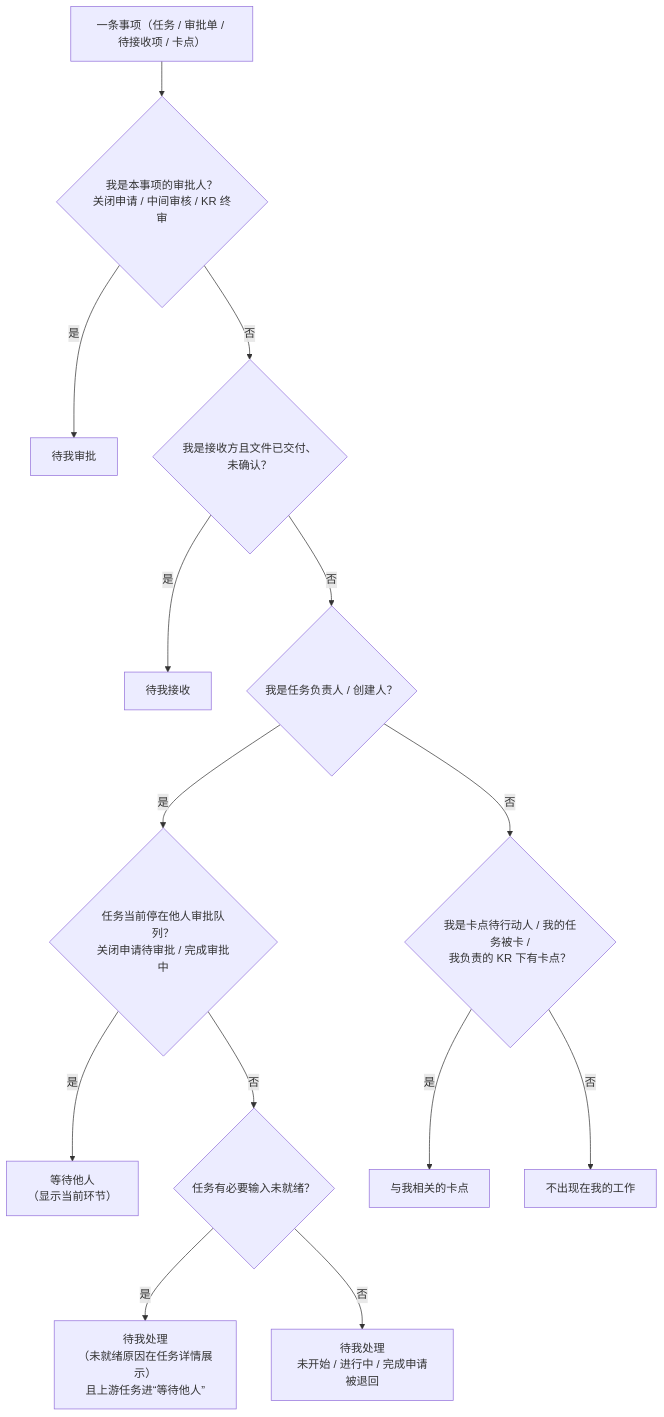
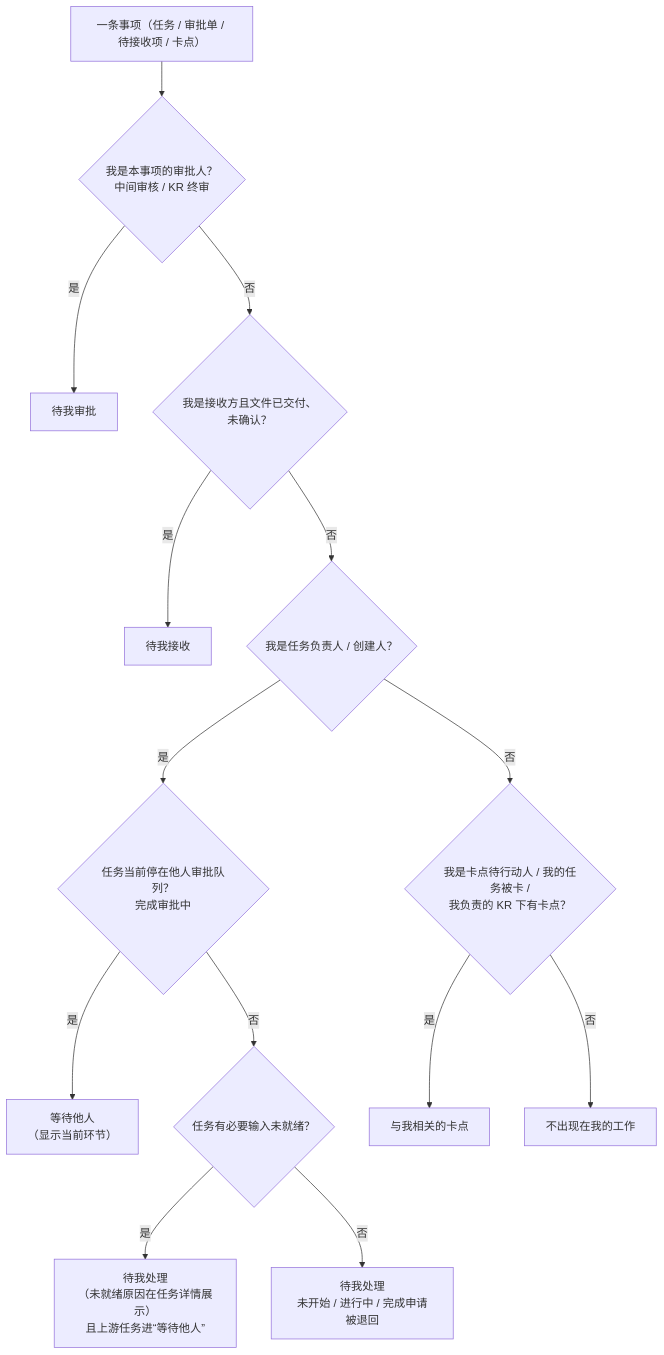
The diagram in docs/我的工作模块_详细PRD_V1.1.md (mohiria/synergy_mangement), drawn with Mermaid before and after one commit. The commit also changed other lines of this file and 68 other files, not shown here.

````diff
--- a/docs/我的工作模块_详细PRD_V1.1.md
+++ b/docs/我的工作模块_详细PRD_V1.1.md
@@ -173,16 +181,16 @@
 ```mermaid
 flowchart TD
-    X["一条事项（任务 / 审批单 / 待接收项 / 卡点）"] --> Q1{"我是本事项的审批人？<br/>关闭申请 / 中间审核 / KR 终审"}
+    X["一条事项（任务 / 审批单 / 待接收项 / 卡点）"] --> Q1{"我是本事项的审批人？<br/>中间审核 / KR 终审"}
     Q1 -- "是" --> G2["待我审批"]
     Q1 -- "否" --> Q2{"我是接收方且文件已交付、未确认？"}
     Q2 -- "是" --> G3["待我接收"]
     Q2 -- "否" --> Q4{"我是任务负责人 / 创建人？"}
-    Q4 -- "是" --> Q5{"任务当前停在他人审批队列？<br/>关闭申请待审批 / 完成审批中"}
+    Q4 -- "是" --> Q5{"任务当前停在他人审批队列？<br/>完成审批中"}
     Q5 -- "是" --> G4["等待他人<br/>（显示当前环节）"]
     Q5 -- "否" --> Q6{"任务有必要输入未就绪？"}
     Q6 -- "是" --> G1b["待我处理<br/>（未就绪原因在任务详情展示）<br/>且上游任务进“等待他人”"]
     Q6 -- "否" --> G1c["待我处理<br/>未开始 / 进行中 / 完成申请被退回"]
     Q4 -- "否" --> Q7{"我是卡点待行动人 / 我的任务被卡 /<br/>我负责的 KR 下有卡点？"}
     Q7 -- "是" --> G5["与我相关的卡点"]
     Q7 -- "否" --> NONE["不出现在我的工作"]
 ```
````
